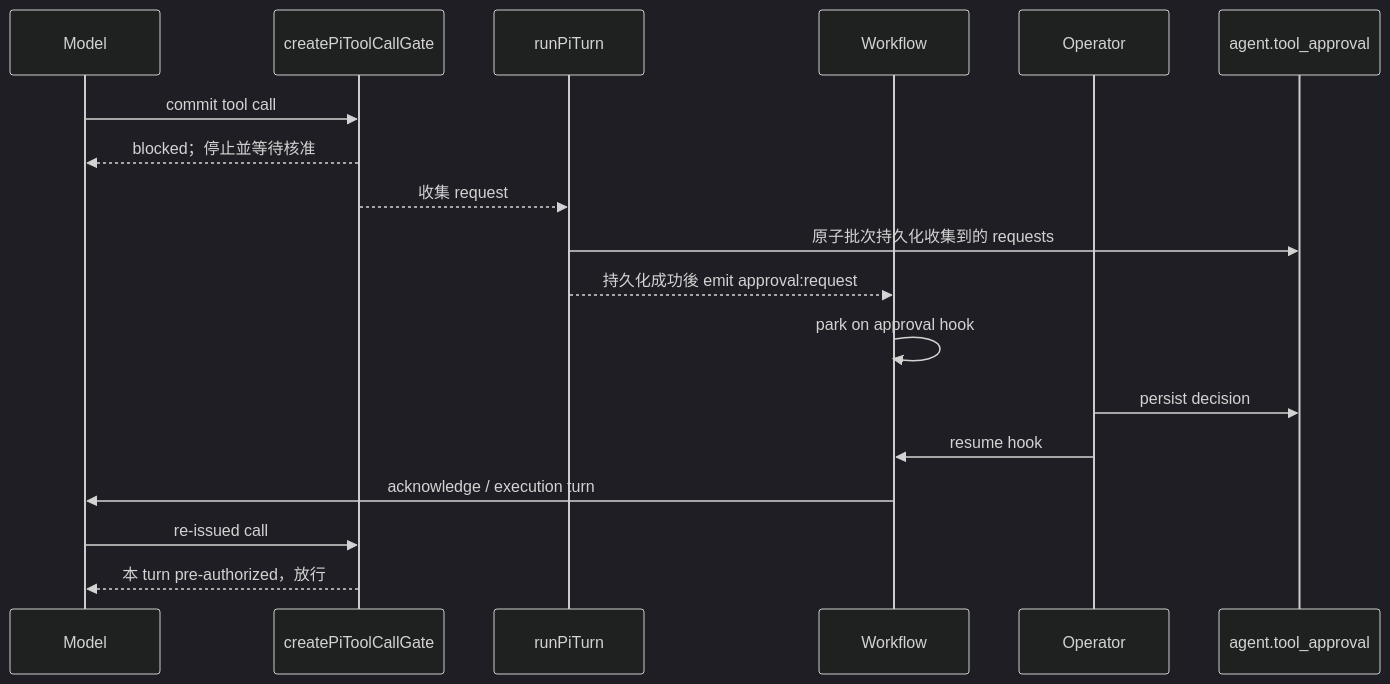
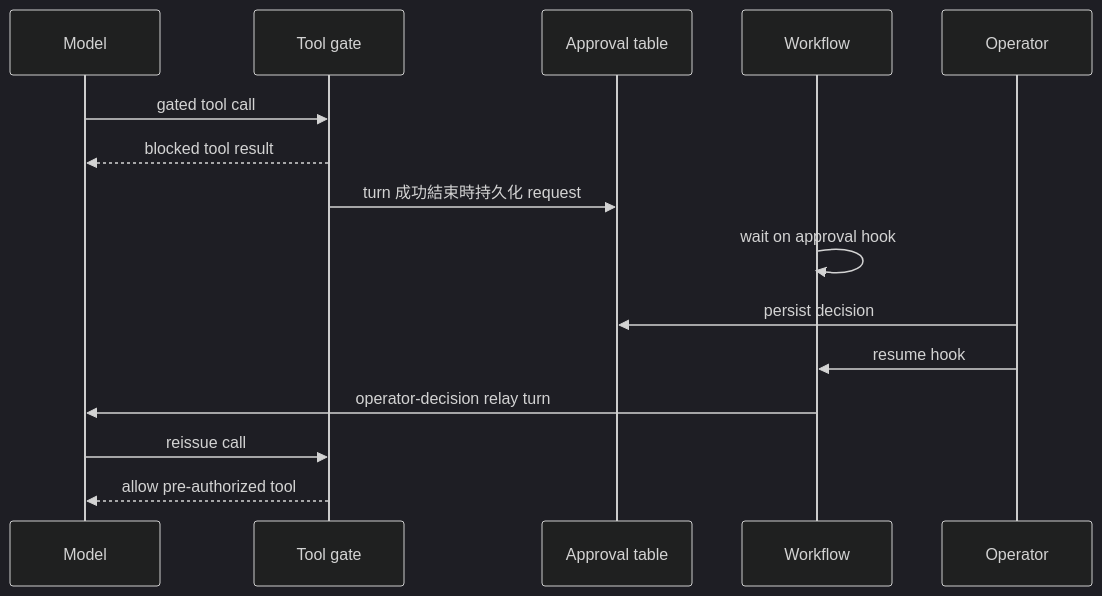
The third of 3 diagrams in docs/agent-architecture.zh.md (Chia1104/chia1104.dev), drawn with Mermaid (dark theme) before and after one commit. The commit also changed other lines of this file and 4 other files, not shown here.

````diff
--- a/docs/agent-architecture.zh.md
+++ b/docs/agent-architecture.zh.md
@@ -378,21 +185,18 @@
 ```mermaid
 sequenceDiagram
     participant M as Model
-    participant G as createPiToolCallGate
-    participant R as runPiTurn
+    participant G as Tool gate
+    participant DB as Approval table
     participant WF as Workflow
-    participant OP as Operator
-    participant DB as agent.tool_approval
+    participant U as Operator
 
-    M->>G: commit tool call
-    G-->>M: blocked；停止並等待核准
-    G-->>R: 收集 request
-    R->>DB: 原子批次持久化收集到的 requests
-    R-->>WF: 持久化成功後 emit approval:request
-    WF->>WF: park on approval hook
-    OP->>DB: persist decision
-    OP->>WF: resume hook
-    WF->>M: acknowledge / execution turn
-    M->>G: re-issued call
-    G-->>M: 本 turn pre-authorized，放行
+    M->>G: gated tool call
+    G-->>M: blocked tool result
+    G->>DB: turn 成功結束時持久化 request
+    WF->>WF: wait on approval hook
+    U->>DB: persist decision
+    U->>WF: resume hook
+    WF->>M: operator-decision relay turn
+    M->>G: reissue call
+    G-->>M: allow pre-authorized tool
 ```
````
